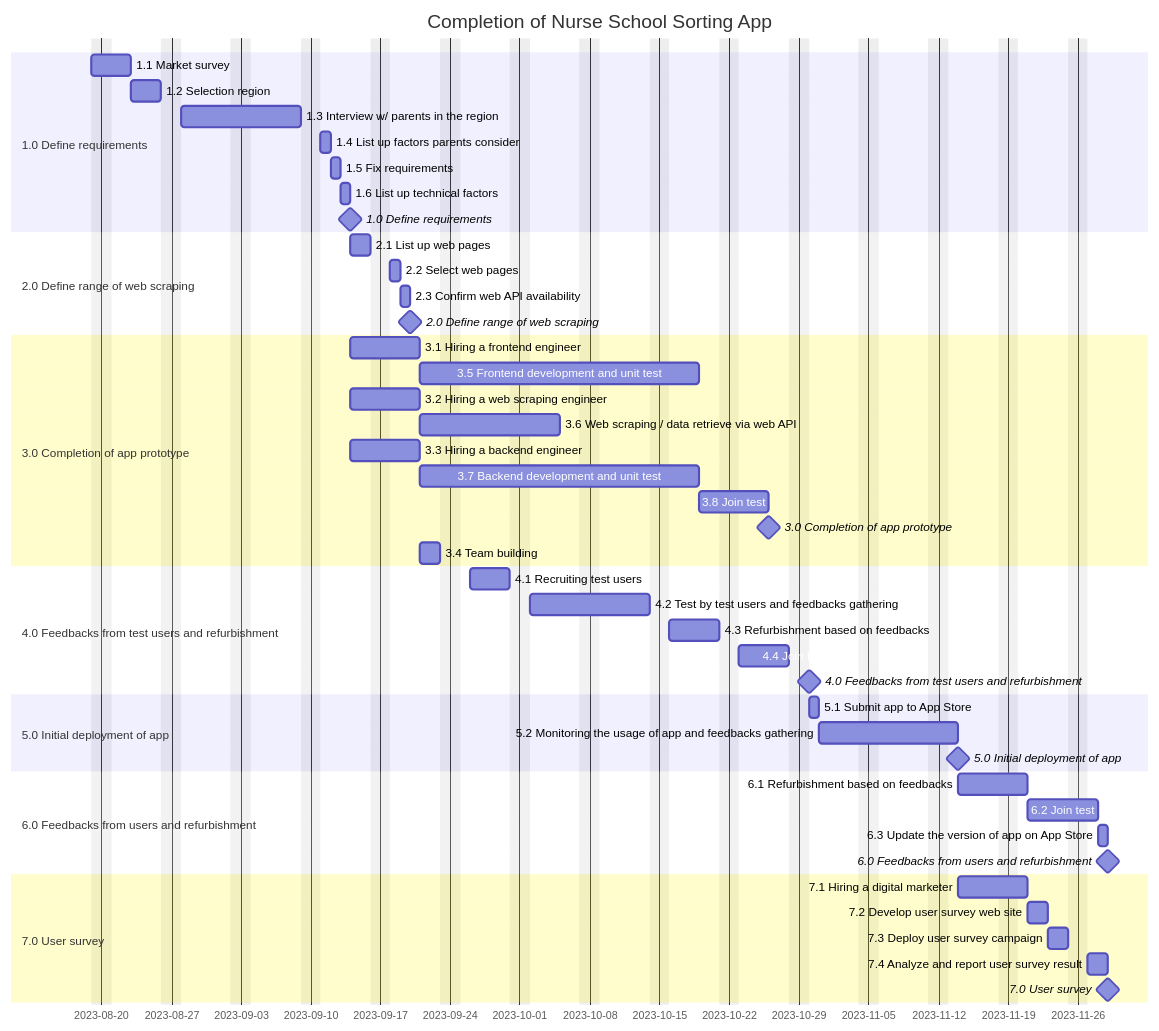
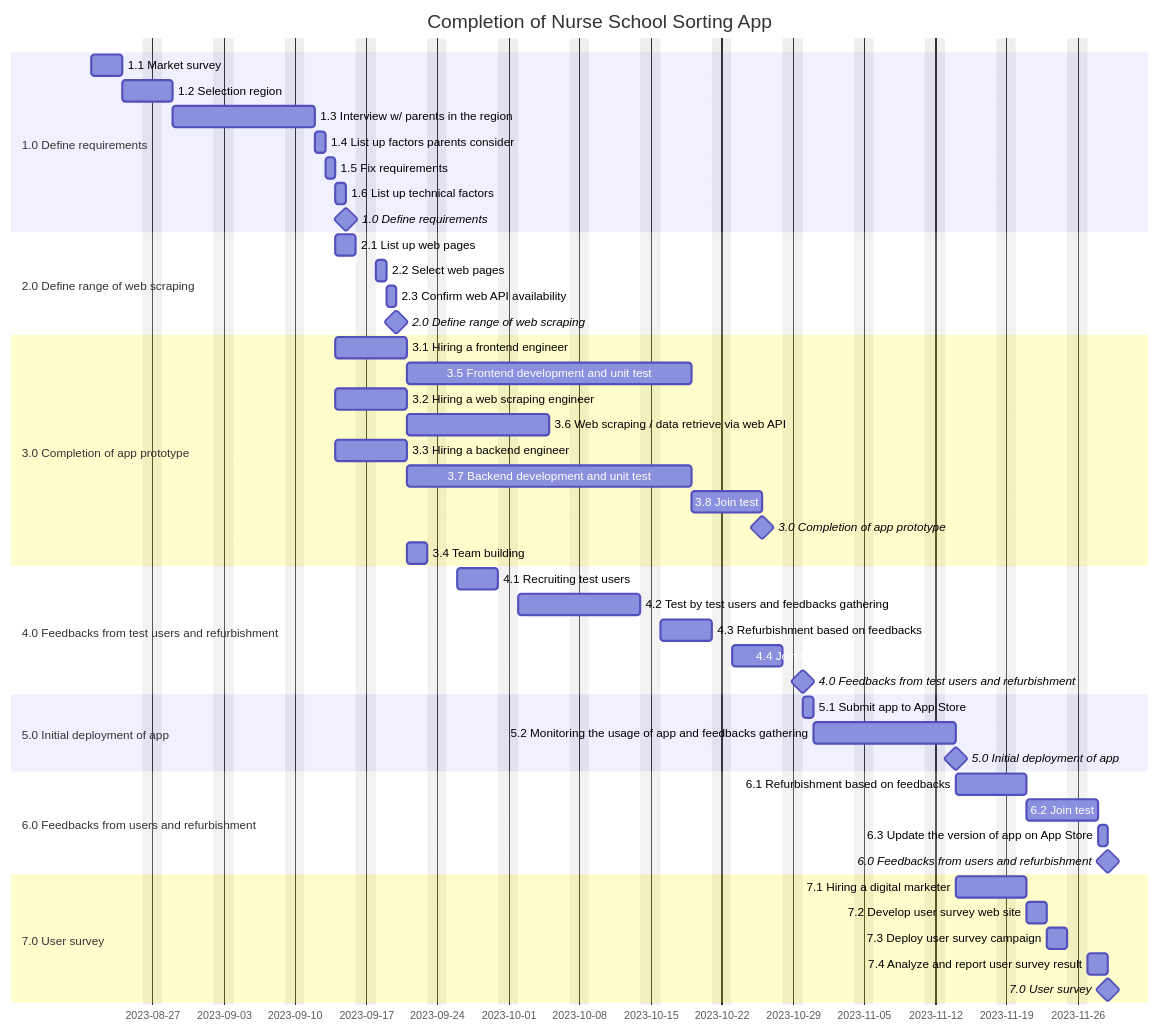
The tenth of 11 diagrams in README.md (riow1983/Coursera-PMP), drawn with Mermaid before and after one commit. The commit also changed other lines of this file, not shown here.

````diff
--- a/README.md
+++ b/README.md
@@ -166,57 +269,57 @@
 ```mermaid
 gantt
   dateFormat  YYYY-MM-DD
   title       Completion of Nurse School Sorting App
   excludes    weekends
 
   section 1.0 Define requirements
-  1.1 Market survey        :2023-08-19, 3d
+  1.1 Market survey        :2023-08-21, 3d
   1.2 Selection region :3d
   1.3 Interview w/ parents in the region  :10d
   1.4 List up factors parents consider: 1d
   1.5 Fix requirements: 1d
   1.6 List up technical factors: 0.5d
   1.0 Define requirements     :milestone, 0d
 
   section 2.0 Define range of web scraping
   2.1 List up web pages      :2023-09-14, 2d
   2.2 Select web pages      :1d
   2.3 Confirm web API availability     :1d
   2.0 Define range of web scraping: milestone, 0d
 
   section 3.0 Completion of app prototype
   3.1 Hiring a frontend engineer: 2023-09-14, 5d
   3.5 Frontend development and unit test: 20d
   3.2 Hiring a web scraping engineer: 2023-09-14, 5d
   3.6 Web scraping / data retrieve via web API: 10d
   3.3 Hiring a backend engineer: a, 2023-09-14, 5d
   3.7 Backend development and unit test: 20d
   3.8 Join test: 5d
   3.0 Completion of app prototype: milestone, 0d
   3.4 Team building: after a, 2d
   
   section 4.0 Feedbacks from test users and refurbishment
   4.1 Recruiting test users: 2023-09-26, 4d
   4.2 Test by test users and feedbacks gathering: 10d
   4.3 Refurbishment based on feedbacks: 5d
   4.4 Join test: 5d
   4.0 Feedbacks from test users and refurbishment: milestone, 0d
   
   section 5.0 Initial deployment of app
   5.1 Submit app to App Store: 2023-10-30, 0.5d
   5.2 Monitoring the usage of app and feedbacks gathering: 10d
   5.0 Initial deployment of app: milestone, 0d
 
   section 6.0 Feedbacks from users and refurbishment
   6.1 Refurbishment based on feedbacks: 2023-11-14, 5d
   6.2 Join test: 5d
   6.3 Update the version of app on App Store: 0.5d
   6.0 Feedbacks from users and refurbishment: milestone, 0d
 
   section 7.0 User survey
   7.1 Hiring a digital marketer: 2023-11-14, 5d
   7.2 Develop user survey web site: 2d
   7.3 Deploy user survey campaign: 2d
   7.4 Analyze and report user survey result: 2d
   7.0 User survey: milestone, 0d
 ```
````
